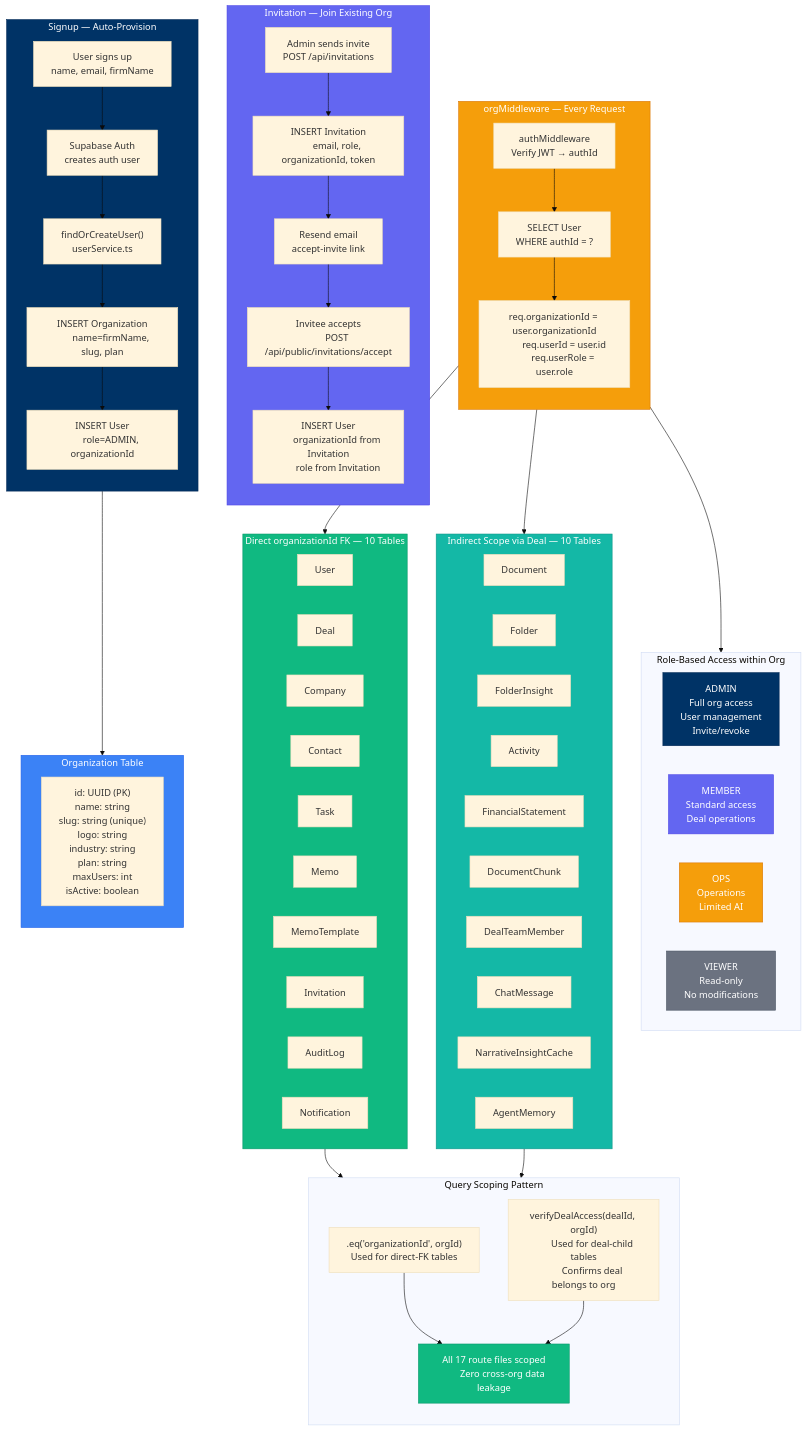
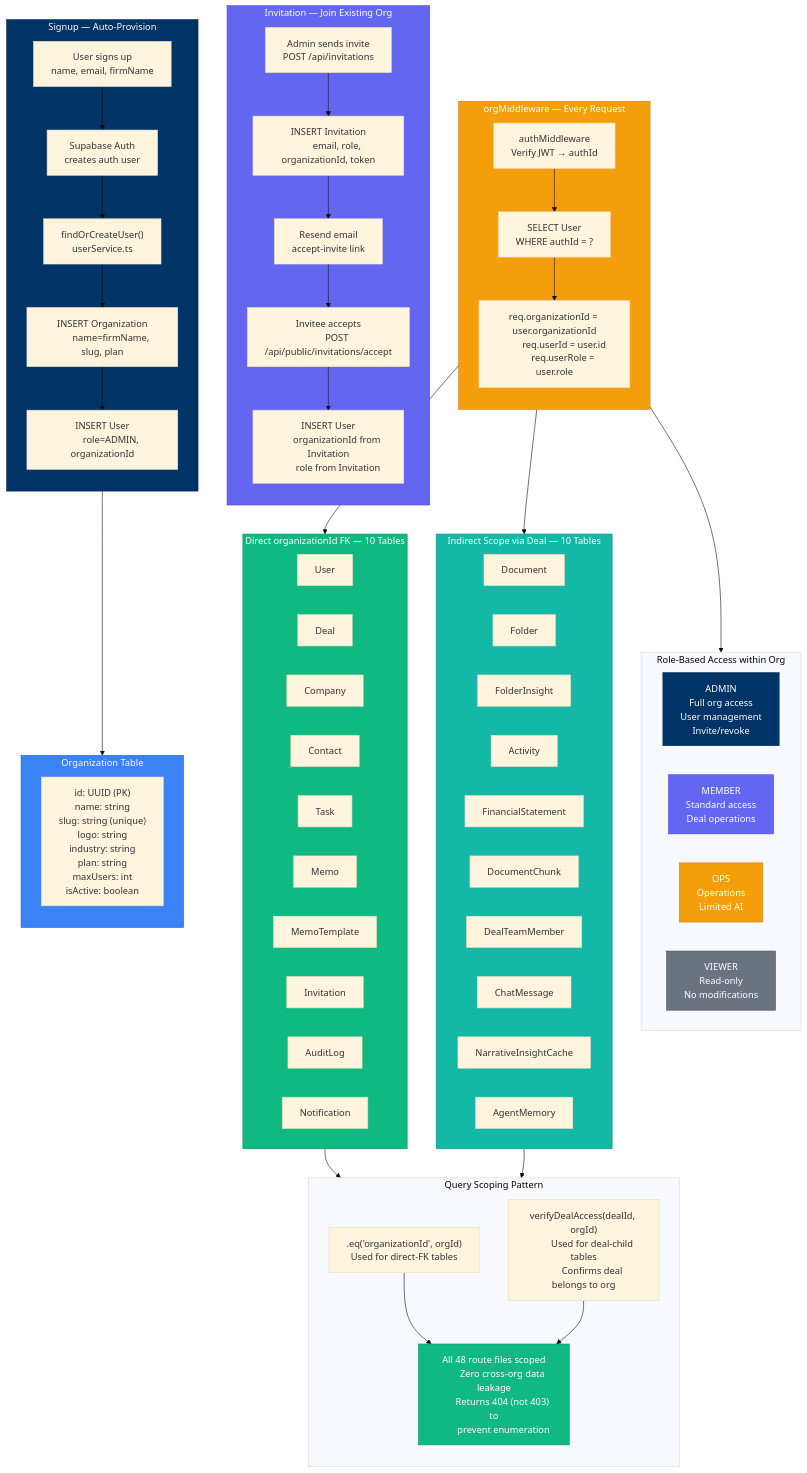
Before and after one commit to ganeshjagtap7/pe-dealstack: the diagram in docs/diagrams/13-multi-tenancy-org-isolation.mmd, drawn with Mermaid (base theme). The commit also changed 77 other files, not shown here.

First line of the commit message:
docs(repo): rewrite documentation tree + refresh diagrams to match current code

```diff
--- a/docs/diagrams/13-multi-tenancy-org-isolation.mmd
+++ b/docs/diagrams/13-multi-tenancy-org-isolation.mmd
@@ -1,132 +1,134 @@
 flowchart TB
     subgraph SignupFlow["Signup — Auto-Provision"]
         direction TB
         UserSignup["User signs up
         name, email, firmName"]
         SupaAuth["Supabase Auth
         creates auth user"]
         FindOrCreate["findOrCreateUser()
         userService.ts"]
         CreateOrg["INSERT Organization
         name=firmName, slug, plan"]
         CreateUser["INSERT User
         role=ADMIN, organizationId"]
         UserSignup --> SupaAuth --> FindOrCreate --> CreateOrg --> CreateUser
     end
 
     subgraph InviteFlow["Invitation — Join Existing Org"]
         direction TB
         AdminInvite["Admin sends invite
         POST /api/invitations"]
         InviteRecord["INSERT Invitation
         email, role, organizationId, token"]
         InviteEmail["Resend email
         accept-invite link"]
         AcceptInvite["Invitee accepts
         POST /api/public/invitations/accept"]
         NewUser["INSERT User
         organizationId from Invitation
         role from Invitation"]
         AdminInvite --> InviteRecord --> InviteEmail --> AcceptInvite --> NewUser
     end
 
     subgraph OrgMiddleware["orgMiddleware — Every Request"]
         direction TB
         JWTVerify["authMiddleware
         Verify JWT → authId"]
         ResolveUser["SELECT User
         WHERE authId = ?"]
         SetOrgId["req.organizationId = user.organizationId
         req.userId = user.id
         req.userRole = user.role"]
         JWTVerify --> ResolveUser --> SetOrgId
     end
 
     subgraph DirectScope["Direct organizationId FK — 10 Tables"]
         direction LR
         T1["User"]
         T2["Deal"]
         T3["Company"]
         T4["Contact"]
         T5["Task"]
         T6["Memo"]
         T7["MemoTemplate"]
         T8["Invitation"]
         T9["AuditLog"]
         T10["Notification"]
     end
 
     subgraph IndirectScope["Indirect Scope via Deal — 10 Tables"]
         direction LR
         T11["Document"]
         T12["Folder"]
         T13["FolderInsight"]
         T14["Activity"]
         T15["FinancialStatement"]
         T16["DocumentChunk"]
         T17["DealTeamMember"]
         T18["ChatMessage"]
         T19["NarrativeInsightCache"]
         T20["AgentMemory"]
     end
 
     subgraph QueryPattern["Query Scoping Pattern"]
         direction TB
         DirectQuery[".eq('organizationId', orgId)
         Used for direct-FK tables"]
         IndirectQuery["verifyDealAccess(dealId, orgId)
         Used for deal-child tables
         Confirms deal belongs to org"]
-        AllRoutes["All 17 route files scoped
-        Zero cross-org data leakage"]
+        AllRoutes["All 48 route files scoped
+        Zero cross-org data leakage
+        Returns 404 (not 403) to
+        prevent enumeration"]
     end
 
     subgraph OrgTable["Organization Table"]
         direction TB
         OrgFields["id: UUID (PK)
         name: string
         slug: string (unique)
         logo: string
         industry: string
         plan: string
         maxUsers: int
         isActive: boolean"]
     end
 
     subgraph RoleModel["Role-Based Access within Org"]
         direction LR
         RoleAdmin["ADMIN
         Full org access
         User management
         Invite/revoke"]
         RoleMember["MEMBER
         Standard access
         Deal operations"]
         RoleOps["OPS
         Operations
         Limited AI"]
         RoleViewer["VIEWER
         Read-only
         No modifications"]
     end
 
     SetOrgId --> DirectScope
     SetOrgId --> IndirectScope
     DirectScope --> DirectQuery
     IndirectScope --> IndirectQuery
     DirectQuery --> AllRoutes
     IndirectQuery --> AllRoutes
     CreateOrg --> OrgTable
     SetOrgId --> RoleModel
 
     style SignupFlow fill:#003366,color:#fff,stroke:#002855
     style InviteFlow fill:#6366f1,color:#fff,stroke:#4f46e5
     style OrgMiddleware fill:#f59e0b,color:#fff,stroke:#d97706
     style DirectScope fill:#10b981,color:#fff,stroke:#059669
     style IndirectScope fill:#14b8a6,color:#fff,stroke:#0d9488
     style AllRoutes fill:#10b981,color:#fff,stroke:#059669
     style OrgTable fill:#3b82f6,color:#fff,stroke:#2563eb
     style RoleAdmin fill:#003366,color:#fff,stroke:#002855
     style RoleMember fill:#6366f1,color:#fff,stroke:#4f46e5
     style RoleOps fill:#f59e0b,color:#fff,stroke:#d97706
     style RoleViewer fill:#6b7280,color:#fff,stroke:#4b5563
```
